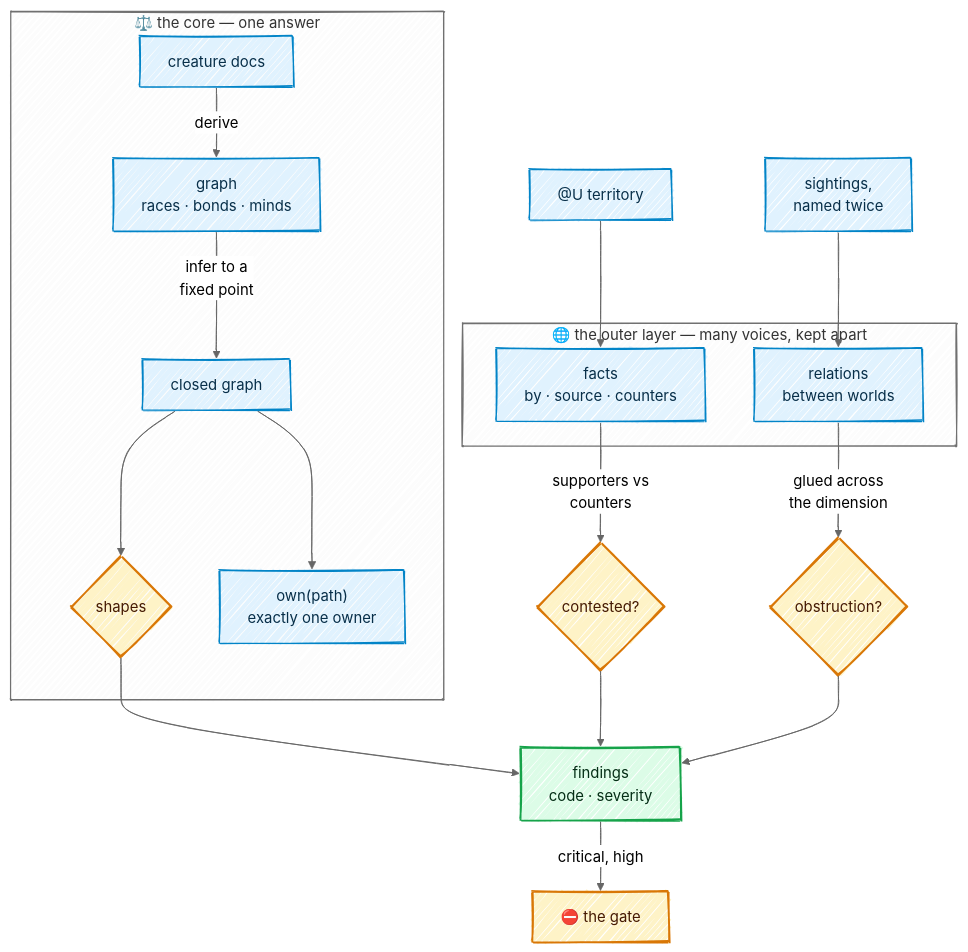
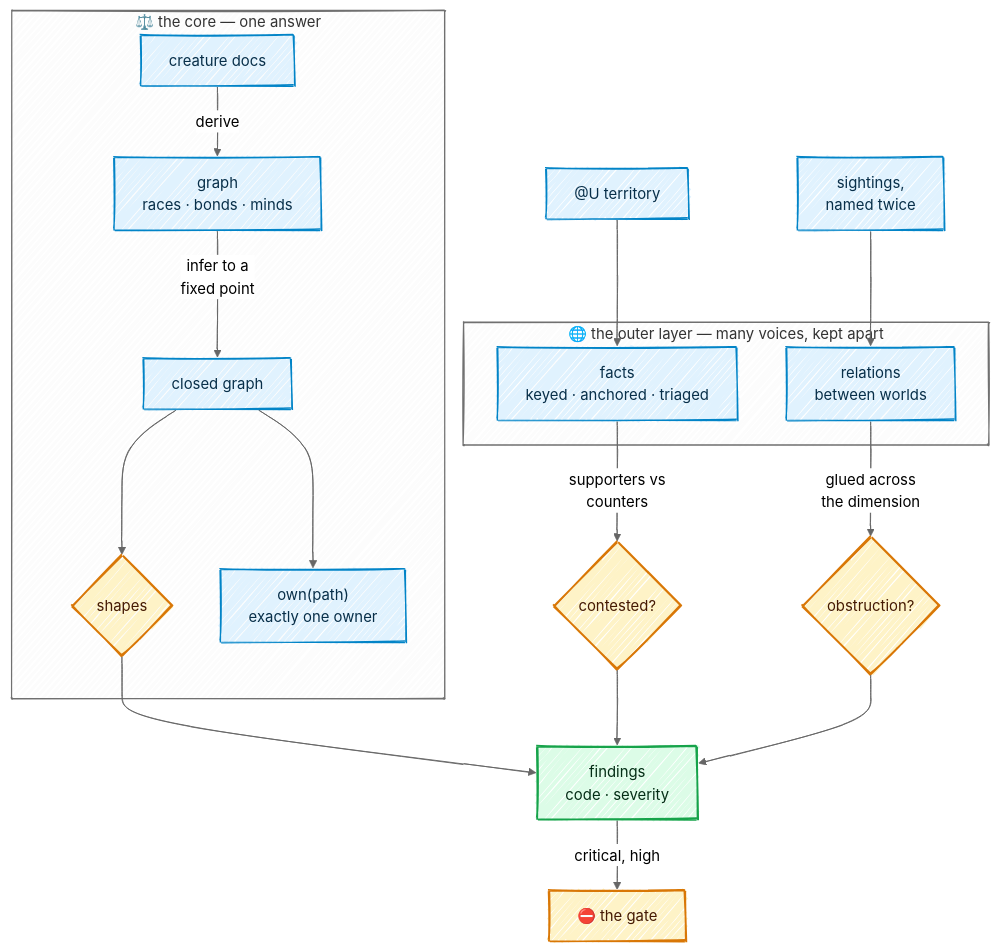
The diagram in docs/09-ontology.md (Kaginari/mnemorph), drawn with Mermaid before and after one commit. The commit also changed other lines of this file and 4 other files, not shown here.

Commit message:
docs(ontology): catching what nobody flags — keyed facts compared by code, anchors that drift, the parent's triage on collision; math fences on every page

````diff
--- a/docs/09-ontology.md
+++ b/docs/09-ontology.md
@@ -13,34 +13,34 @@
 ```mermaid
 ---
 config:
   look: handDrawn
   theme: neutral
   flowchart:
     wrappingWidth: 360
 ---
 flowchart TB
     subgraph core["⚖️ the core — one answer"]
       DOCS["creature docs"] -->|derive| G["graph<br/>races · bonds · minds"]
       G -->|"infer to a<br/>fixed point"| GS["closed graph"]
       GS --> SH{"shapes"}
       GS --> OWN["own(path)<br/>exactly one owner"]
     end
     subgraph plural["🌐 the outer layer — many voices, kept apart"]
-      F["facts<br/>by · source · counters"]
+      F["facts<br/>keyed · anchored · triaged"]
       R["relations<br/>between worlds"]
     end
     U["@U territory"] --> F
     F -->|"supporters vs<br/>counters"| CF{"contested?"}
     S["sightings,<br/>named twice"] --> R
     R -->|"glued across<br/>the dimension"| DO{"obstruction?"}
     SH --> FIND["findings<br/>code · severity"]
     CF --> FIND
     DO --> FIND
     FIND -->|"critical, high"| GATE["⛔ the gate"]
     classDef step fill:#e0f2fe,stroke:#0284c7,stroke-width:1.5px,color:#082f49
     class DOCS,G,GS,OWN,F,R,U,S step
     classDef gate fill:#fef3c7,stroke:#d97706,stroke-width:2px,color:#451a03
     class SH,CF,DO,GATE gate
     classDef truth fill:#dcfce7,stroke:#16a34a,stroke-width:2px,color:#052e16
     class FIND truth
 ```
````
